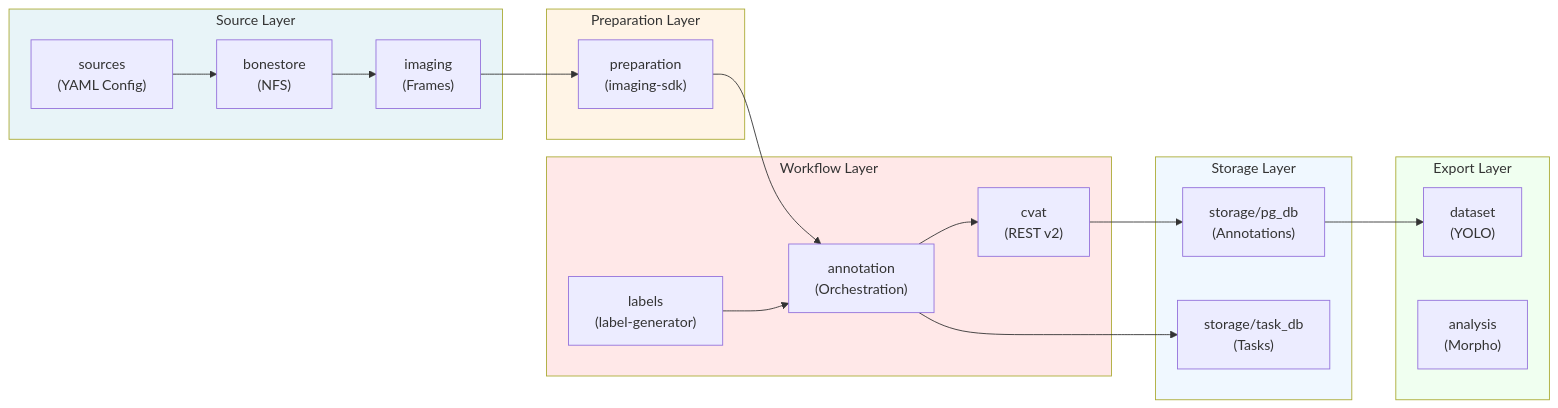
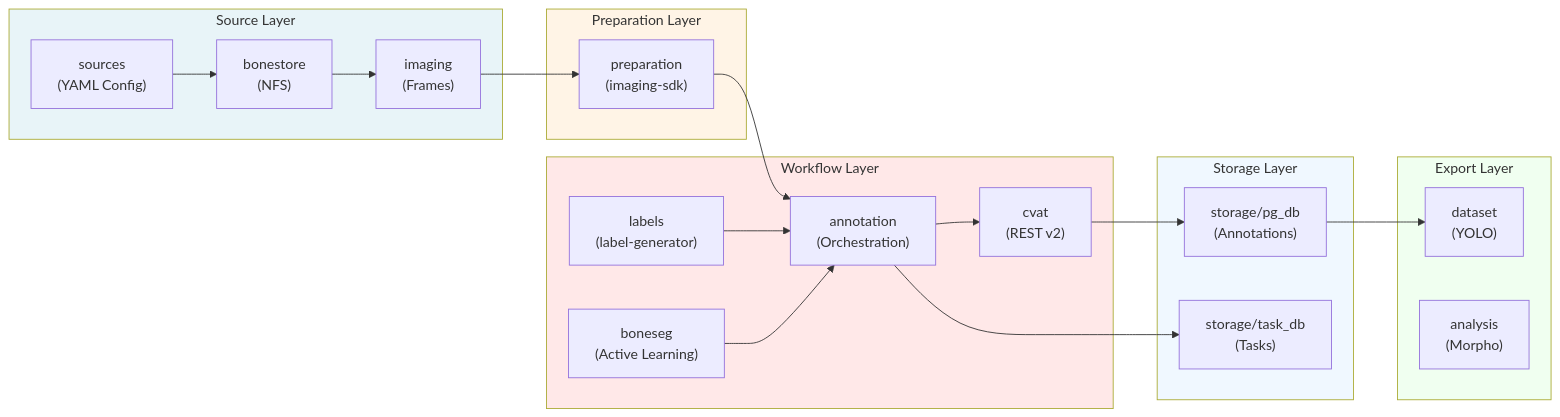
Before and after one commit to VersoVet/bone-annotator: the fourth of 4 diagrams in DIAGRAM.md, drawn with Mermaid. The commit also changed other lines of this file and 60 other files, not shown here.

````diff
--- a/DIAGRAM.md
+++ b/DIAGRAM.md
@@ -136,42 +144,44 @@
 ```mermaid
 graph LR
     subgraph Sources["Source Layer"]
         SM["sources<br/>(YAML Config)"]
         BM["bonestore<br/>(NFS)"]
         IM["imaging<br/>(Frames)"]
     end
 
     subgraph Preparation["Preparation Layer"]
         PM["preparation<br/>(imaging-sdk)"]
     end
 
     subgraph Workflow["Workflow Layer"]
         AM["annotation<br/>(Orchestration)"]
+        BSM["boneseg<br/>(Active Learning)"]
         CM["cvat<br/>(REST v2)"]
         LM["labels<br/>(label-generator)"]
     end
 
     subgraph Storage["Storage Layer"]
         DB["storage/pg_db<br/>(Annotations)"]
         TD["storage/task_db<br/>(Tasks)"]
     end
 
     subgraph Export["Export Layer"]
         DM["dataset<br/>(YOLO)"]
         AN["analysis<br/>(Morpho)"]
     end
 
     SM --> BM --> IM --> PM
     PM --> AM
     LM --> AM
+    BSM --> AM
     AM --> CM
     AM --> TD
     CM --> DB
     DB --> DM
     
     style Sources fill:#e8f4f8
     style Preparation fill:#fff4e6
     style Workflow fill:#ffe8e8
     style Storage fill:#f0f8ff
     style Export fill:#f0fff0
 ```
````
